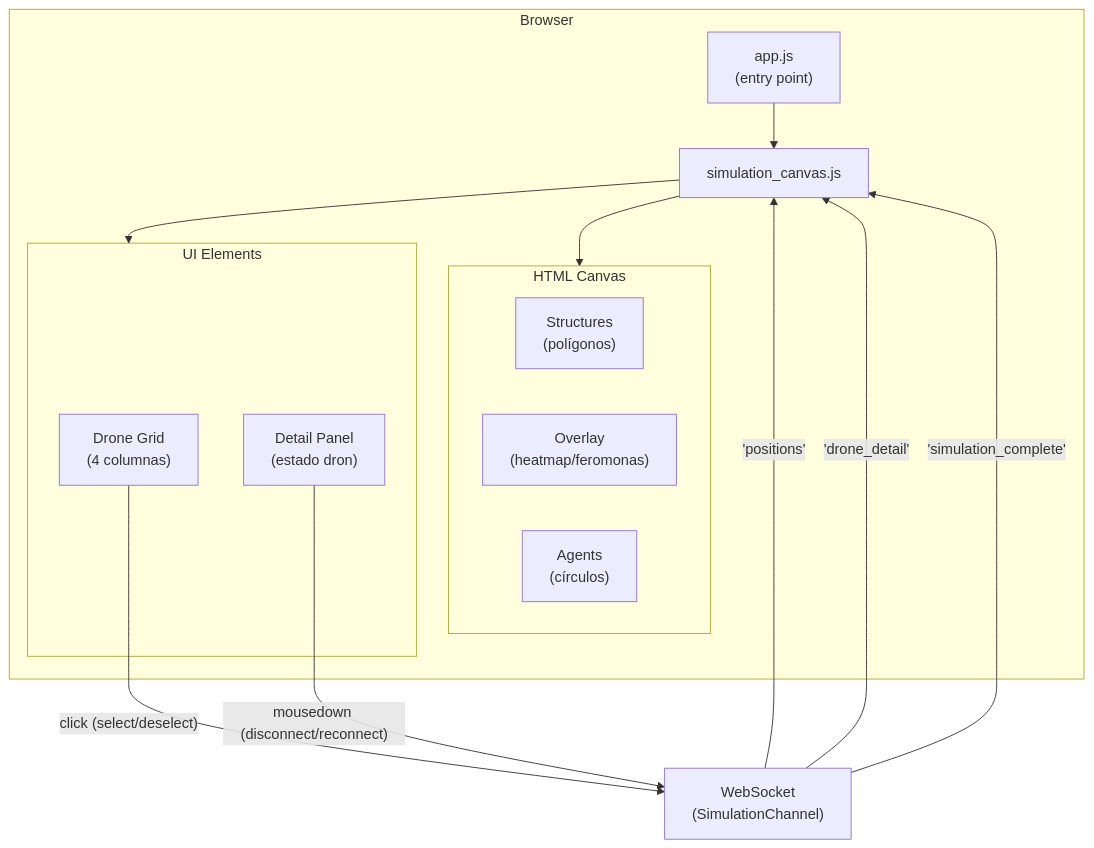
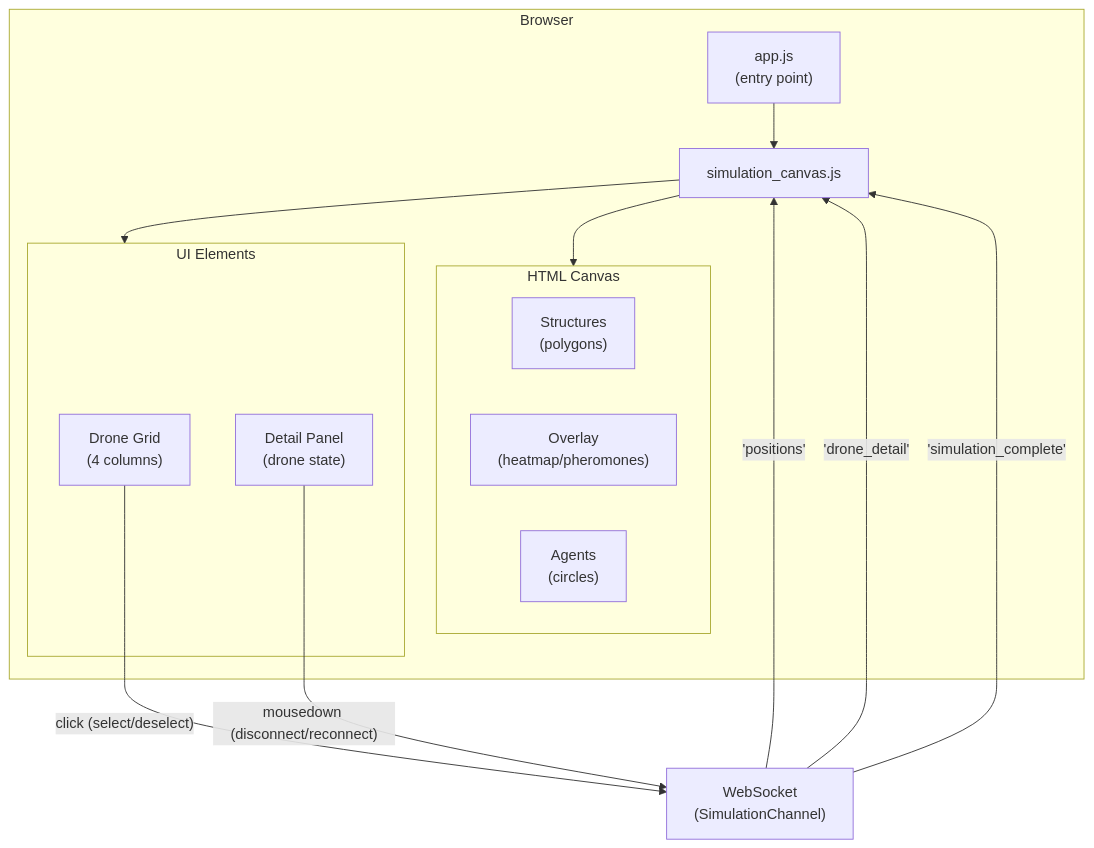
The diagram in docs/web/frontend.md (FLAGlab/Elixir-Swarm-Simulator), drawn with Mermaid before and after one commit. The commit also changed other lines of this file and 40 other files, not shown here.

````diff
--- a/docs/web/frontend.md
+++ b/docs/web/frontend.md
@@ -14,29 +14,29 @@
 ```mermaid
 flowchart TD
     subgraph Browser
         App["app.js\n(entry point)"]
         SC["simulation_canvas.js"]
 
         subgraph Canvas["HTML Canvas"]
-            Structures["Structures\n(polígonos)"]
-            Overlay["Overlay\n(heatmap/feromonas)"]
-            Agents["Agents\n(círculos)"]
+            Structures["Structures\n(polygons)"]
+            Overlay["Overlay\n(heatmap/pheromones)"]
+            Agents["Agents\n(circles)"]
         end
 
         subgraph UI["UI Elements"]
-            Grid["Drone Grid\n(4 columnas)"]
-            Detail["Detail Panel\n(estado dron)"]
+            Grid["Drone Grid\n(4 columns)"]
+            Detail["Detail Panel\n(drone state)"]
         end
     end
 
     WS["WebSocket\n(SimulationChannel)"]
 
     App --> SC
     WS -- "'positions'" --> SC
     WS -- "'drone_detail'" --> SC
     WS -- "'simulation_complete'" --> SC
     SC --> Canvas
     SC --> UI
     Grid -- "click (select/deselect)" --> WS
     Detail -- "mousedown (disconnect/reconnect)" --> WS
 ```
````
